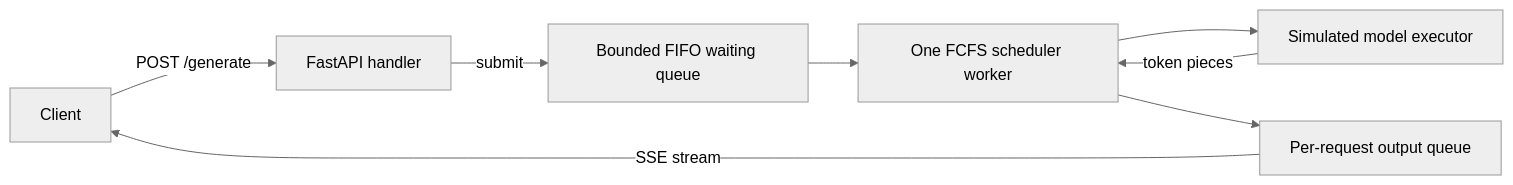
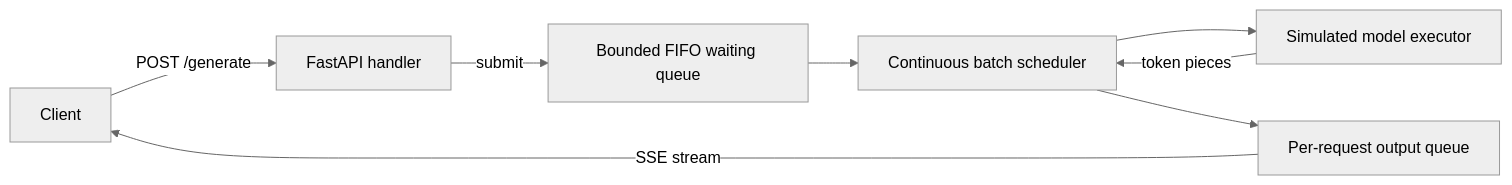
One commit to annalea345-oss/llm-inference-runtime changed the diagram in README.md. Above: the diagram before and after it, drawn with Mermaid (neutral theme). The commit also changed other lines of this file and 9 other files, not shown here.

````diff
--- a/README.md
+++ b/README.md
@@ -68,10 +68,10 @@
 ```mermaid
 flowchart LR
     Client -->|POST /generate| API[FastAPI handler]
     API -->|submit| Queue[Bounded FIFO waiting queue]
-    Queue --> Worker[One FCFS scheduler worker]
+    Queue --> Worker[Continuous batch scheduler]
     Worker --> Executor[Simulated model executor]
     Executor -->|token pieces| Worker
     Worker --> Output[Per-request output queue]
     Output -->|SSE stream| Client
 ```
````
